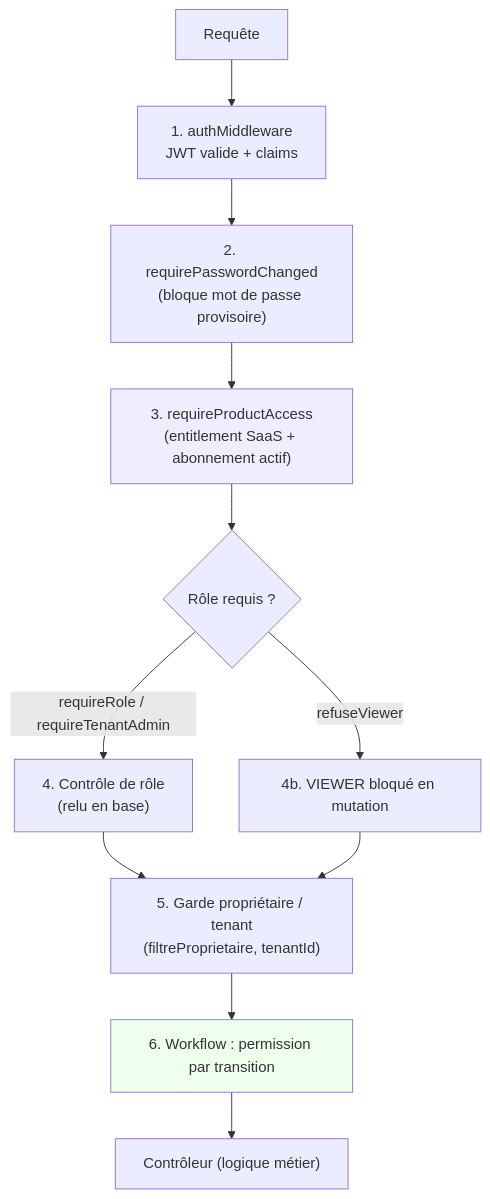
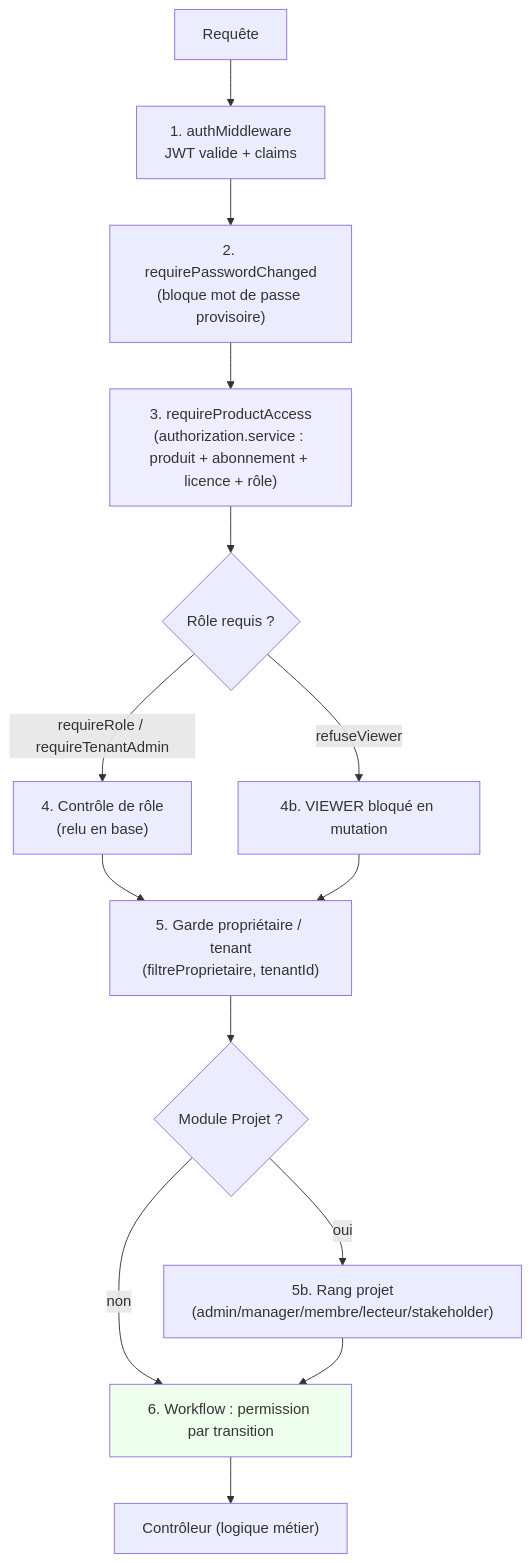
Before and after one commit to prologic-deployment/Fluidity: the diagram in docs/architecture/06-autorisation-couches.md, drawn with Mermaid. The commit also changed other lines of this file and 6 other files, not shown here.

````diff
--- a/docs/architecture/06-autorisation-couches.md
+++ b/docs/architecture/06-autorisation-couches.md
@@ -6,16 +9,19 @@
 ```mermaid
 flowchart TB
   REQ["Requête"] --> L1["1. authMiddleware<br/>JWT valide + claims"]
   L1 --> L2["2. requirePasswordChanged<br/>(bloque mot de passe provisoire)"]
-  L2 --> L3["3. requireProductAccess<br/>(entitlement SaaS + abonnement actif)"]
+  L2 --> L3["3. requireProductAccess<br/>(authorization.service : produit + abonnement + licence + rôle)"]
   L3 --> L4{"Rôle requis ?"}
   L4 -->|"requireRole / requireTenantAdmin"| L5["4. Contrôle de rôle<br/>(relu en base)"]
   L4 -->|"refuseViewer"| L5b["4b. VIEWER bloqué en mutation"]
   L5 --> L6["5. Garde propriétaire / tenant<br/>(filtreProprietaire, tenantId)"]
   L5b --> L6
-  L6 --> L7["6. Workflow : permission par transition"]
+  L6 --> L6b{"Module Projet ?"}
+  L6b -->|oui| RANK["5b. Rang projet<br/>(admin/manager/membre/lecteur/stakeholder)"]
+  L6b -->|non| L7
+  RANK --> L7["6. Workflow : permission par transition"]
   L7 --> CTRL["Contrôleur (logique métier)"]
 
   style L3 fill:#eef
   style L7 fill:#efe
 ```
````
